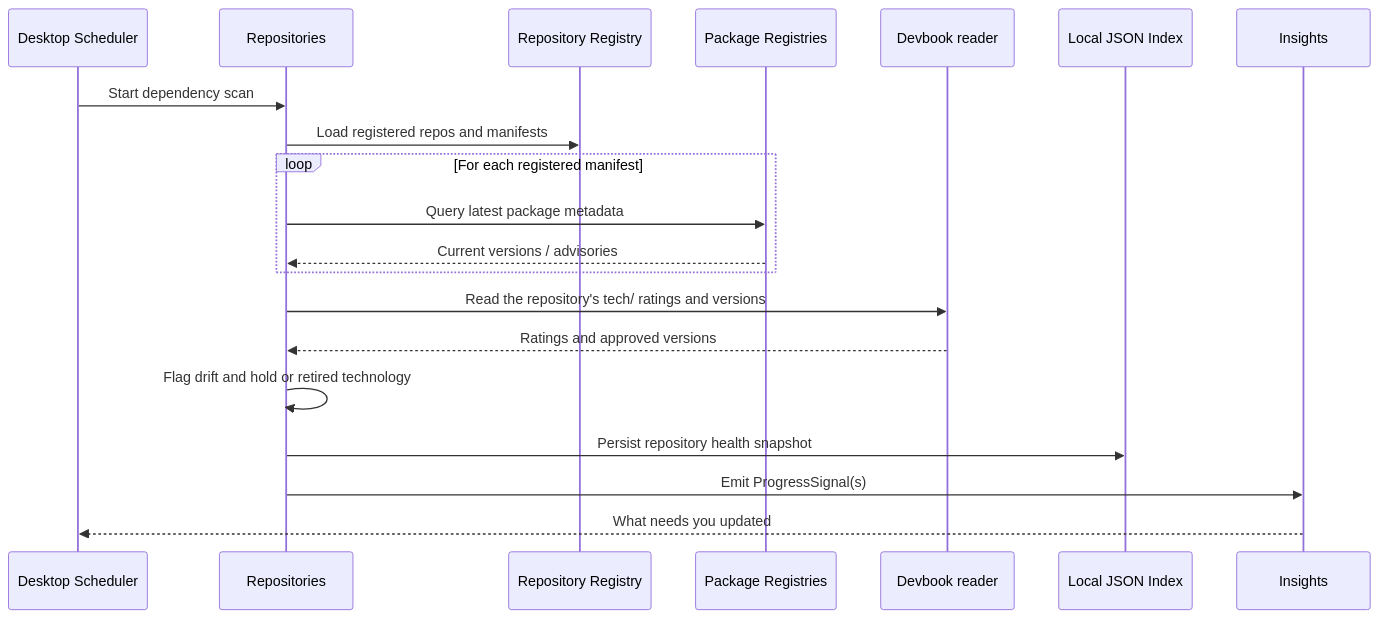
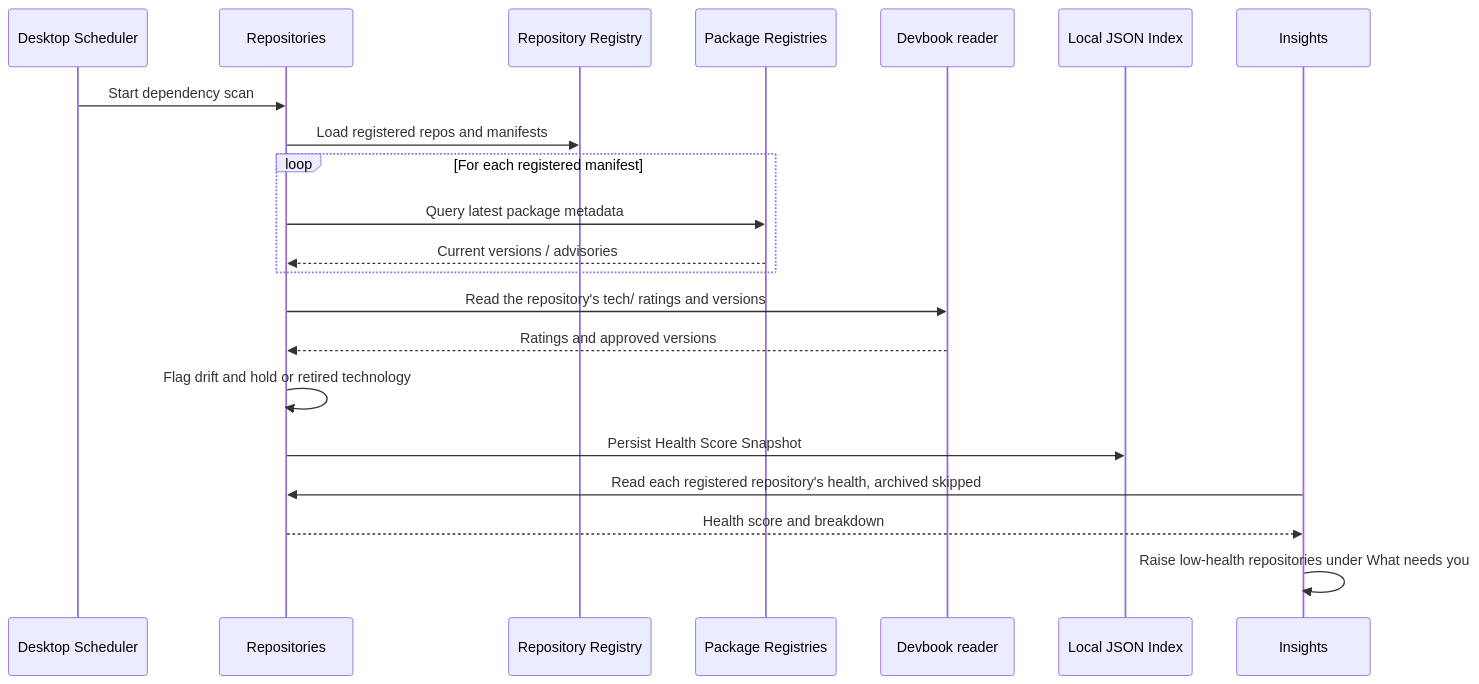
One commit to JSdotNet/Backlog changed the ninth of 13 diagrams in .devbook/arc42/06-runtime-view.md. Above: the diagram before and after it, drawn with Mermaid. The commit also changed other lines of this file and 4 other files, not shown here.

````diff
--- a/.devbook/arc42/06-runtime-view.md
+++ b/.devbook/arc42/06-runtime-view.md
@@ -468,23 +469,24 @@
 ```mermaid
 sequenceDiagram
     participant Scheduler as Desktop Scheduler
     participant RepoMgmt as Repositories
     participant RepoRegistry as Repository Registry
     participant Pkg as Package Registries
     participant Devbook as Devbook reader
     participant Index as Local JSON Index
     participant Insights as Insights
 
     Scheduler->>RepoMgmt: Start dependency scan
     RepoMgmt->>RepoRegistry: Load registered repos and manifests
     loop For each registered manifest
         RepoMgmt->>Pkg: Query latest package metadata
         Pkg-->>RepoMgmt: Current versions / advisories
     end
     RepoMgmt->>Devbook: Read the repository's tech/ ratings and versions
     Devbook-->>RepoMgmt: Ratings and approved versions
     RepoMgmt->>RepoMgmt: Flag drift and hold or retired technology
-    RepoMgmt->>Index: Persist repository health snapshot
-    RepoMgmt->>Insights: Emit ProgressSignal(s)
-    Insights-->>Scheduler: What needs you updated
+    RepoMgmt->>Index: Persist Health Score Snapshot
+    Insights->>RepoMgmt: Read each registered repository's health, archived skipped
+    RepoMgmt-->>Insights: Health score and breakdown
+    Insights->>Insights: Raise low-health repositories under What needs you
 ```
````
